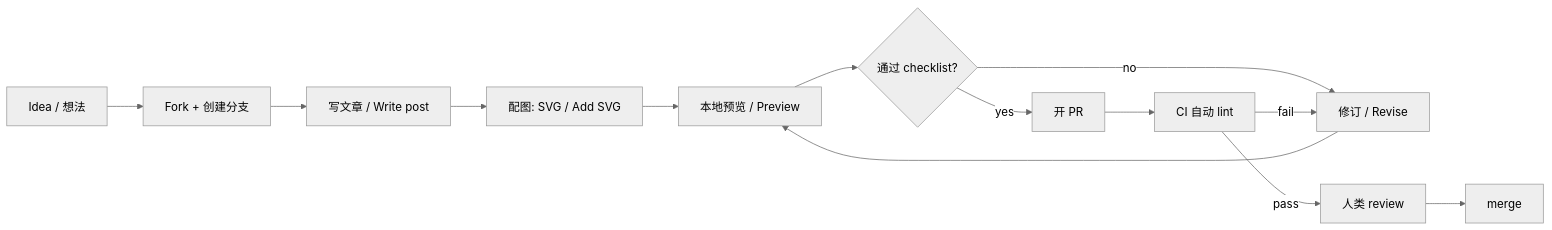
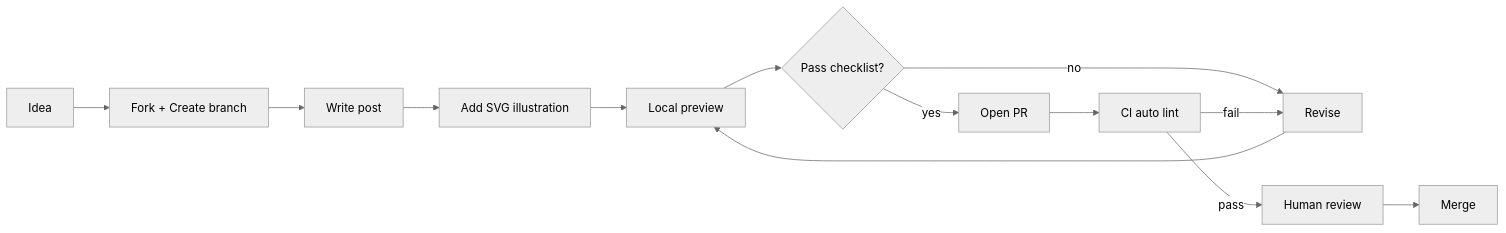
The diagram in CONTRIBUTING.md (VokoForge/ai-prism), drawn with Mermaid (neutral theme) before and after one commit. The commit also changed other lines of this file and 111 other files, not shown here.

````diff
--- a/CONTRIBUTING.md
+++ b/CONTRIBUTING.md
@@ -29,15 +28,15 @@
 ```mermaid
 graph LR
-    A[Idea / 想法] --> B[Fork + 创建分支]
-    B --> C[写文章 / Write post]
-    C --> D[配图: SVG / Add SVG]
-    D --> E[本地预览 / Preview]
-    E --> F{通过 checklist?}
-    F -- no --> G[修订 / Revise]
+    A[Idea] --> B[Fork + Create branch]
+    B --> C[Write post]
+    C --> D[Add SVG illustration]
+    D --> E[Local preview]
+    E --> F{Pass checklist?}
+    F -- no --> G[Revise]
     G --> E
-    F -- yes --> H[开 PR]
-    H --> I[CI 自动 lint]
-    I -- pass --> J[人类 review]
+    F -- yes --> H[Open PR]
+    H --> I[CI auto lint]
+    I -- pass --> J[Human review]
     I -- fail --> G
-    J --> K[merge]
+    J --> K[Merge]
 ```
````
